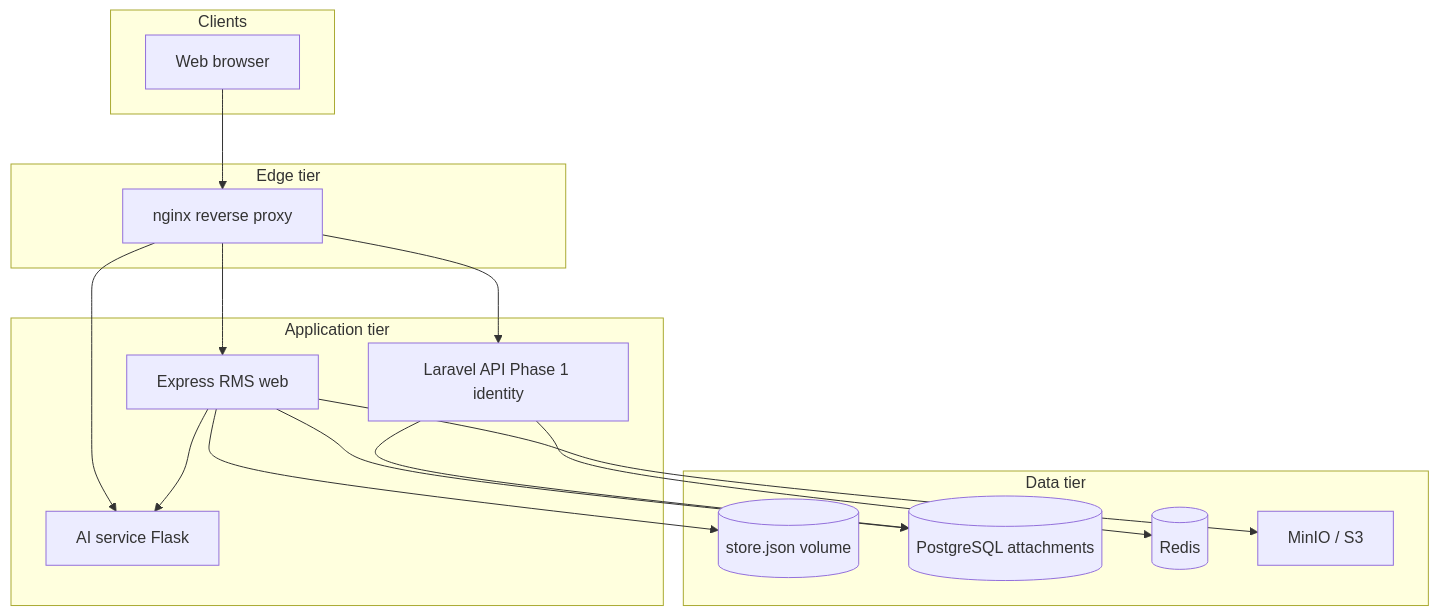
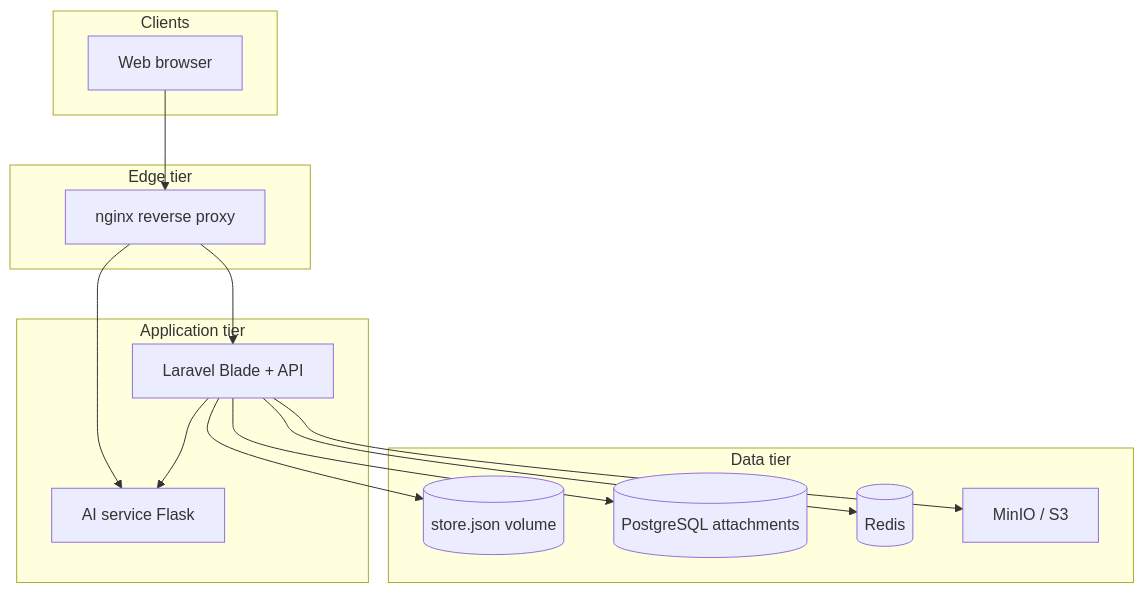
The diagram in docs/ARCHITECTURE.md (nikka-ui/Version4-Risk-Management-System), drawn with Mermaid before and after one commit. The commit also changed other lines of this file and 167 other files, not shown here.

First line of the commit message:
Retire Express web service and complete Laravel-only stack with AI and CI.

````diff
--- a/docs/ARCHITECTURE.md
+++ b/docs/ARCHITECTURE.md
@@ -22,30 +22,27 @@
 ```mermaid
 flowchart TB
   subgraph clients [Clients]
     Browser[Web browser]
   end
   subgraph edge [Edge tier]
     Nginx[nginx reverse proxy]
   end
   subgraph app [Application tier]
-    Web[Express RMS web]
-    API[Laravel API Phase 1 identity]
+    API[Laravel Blade + API]
     AI[AI service Flask]
   end
   subgraph data [Data tier]
     Store[(store.json volume)]
     PG[(PostgreSQL attachments)]
     Redis[(Redis)]
     S3[MinIO / S3]
   end
   Browser --> Nginx
-  Nginx --> Web
   Nginx --> API
   Nginx --> AI
-  Web --> Store
-  Web --> PG
-  Web --> S3
-  Web --> AI
+  API --> Store
   API --> PG
   API --> Redis
+  API --> S3
+  API --> AI
 ```
````
